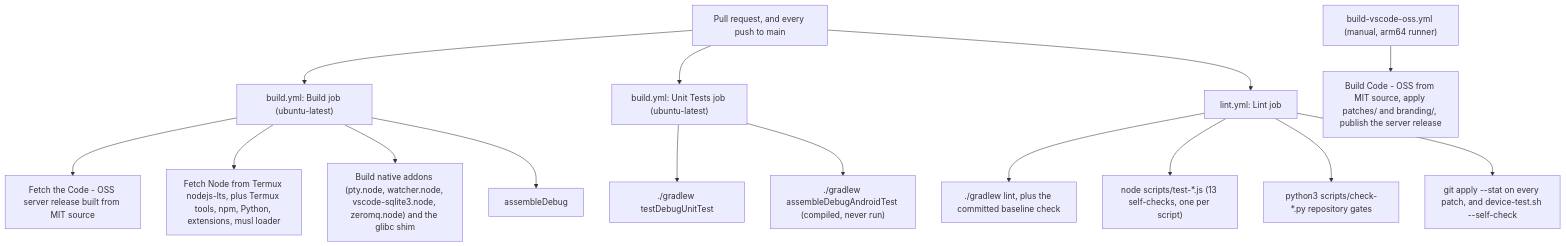
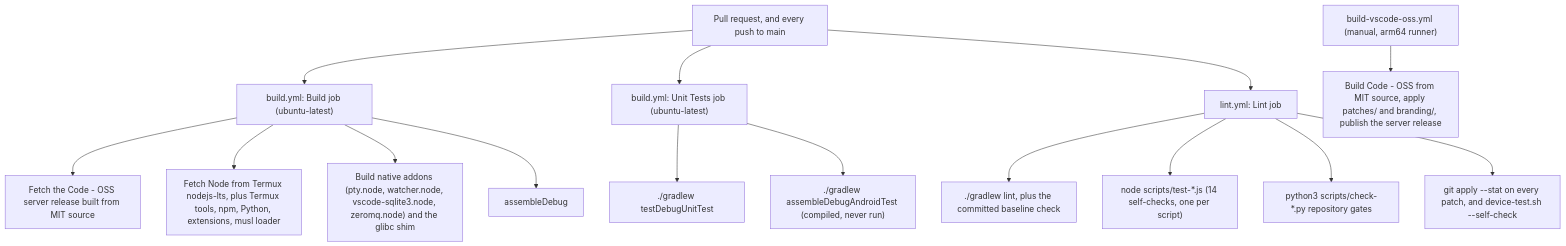
One commit to rmyndharis/VSCodroid changed the second of 3 diagrams in docs/07-TESTING_STRATEGY.md. Above: the diagram before and after it, drawn with Mermaid. The commit also changed other lines of this file and 6 other files, not shown here.

````diff
--- a/docs/07-TESTING_STRATEGY.md
+++ b/docs/07-TESTING_STRATEGY.md
@@ -289,20 +290,20 @@
 ```mermaid
 flowchart TD
   PR["Pull request, and every push to main"] --> BUILD["build.yml: Build job (ubuntu-latest)"]
   BUILD --> B1["Fetch the Code - OSS server release built from MIT source"]
   BUILD --> B2["Fetch Node from Termux nodejs-lts, plus Termux tools, npm, Python, extensions, musl loader"]
   BUILD --> B3["Build native addons (pty.node, watcher.node, vscode-sqlite3.node, zeromq.node) and the glibc shim"]
   BUILD --> B4["assembleDebug"]
 
   PR --> TEST["build.yml: Unit Tests job (ubuntu-latest)"]
   TEST --> T1["./gradlew testDebugUnitTest"]
   TEST --> T2["./gradlew assembleDebugAndroidTest (compiled, never run)"]
 
   PR --> LINT["lint.yml: Lint job"]
   LINT --> L1["./gradlew lint, plus the committed baseline check"]
-  LINT --> L2["node scripts/test-*.js (13 self-checks, one per script)"]
+  LINT --> L2["node scripts/test-*.js (14 self-checks, one per script)"]
   LINT --> L3["python3 scripts/check-*.py repository gates"]
   LINT --> L4["git apply --stat on every patch, and device-test.sh --self-check"]
 
   MAN["build-vscode-oss.yml (manual, arm64 runner)"] --> M1["Build Code - OSS from MIT source, apply patches/ and branding/, publish the server release"]
 ```
````
